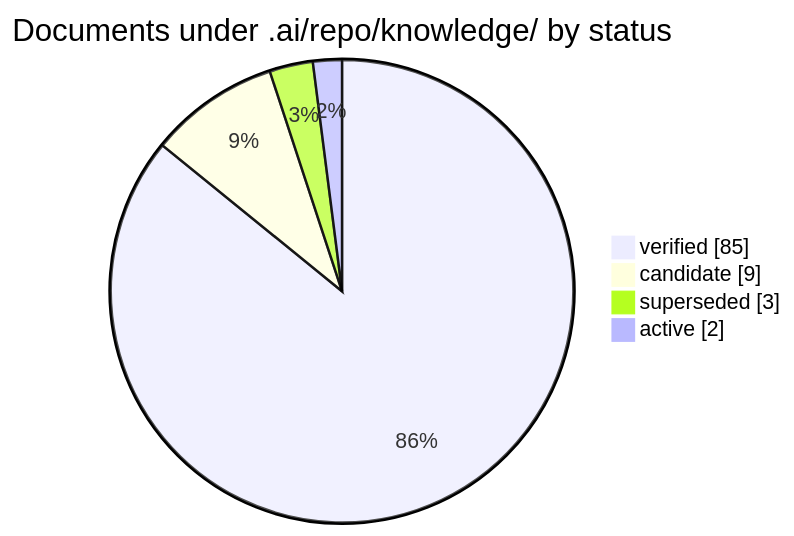
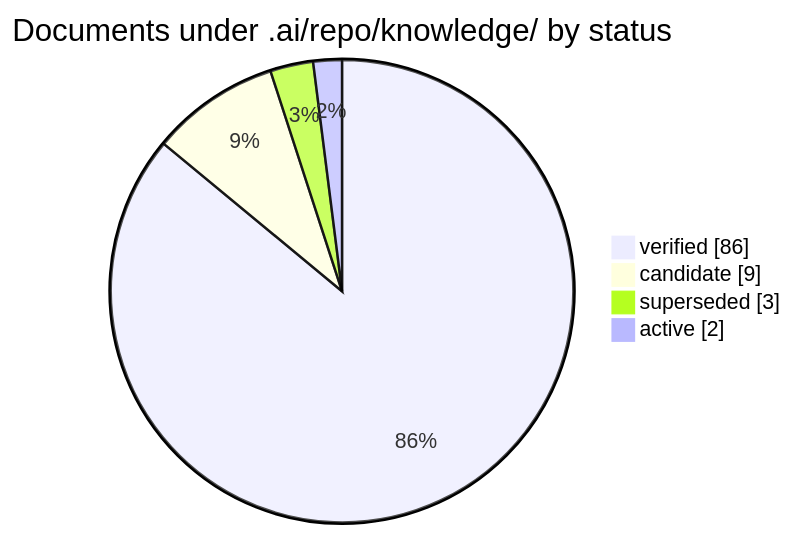
Before and after one commit to korczis/OpenTTD: the first of 3 diagrams in .ai/repo/knowledge/README.md, drawn with Mermaid. The commit also changed other lines of this file and 2 other files, not shown here.

````diff
--- a/.ai/repo/knowledge/README.md
+++ b/.ai/repo/knowledge/README.md
@@ -35,8 +35,8 @@
 ```mermaid
 pie showData title Documents under .ai/repo/knowledge/ by status
     %% links: README.md?col=Status&filter=verified#records-generated | README.md?col=Status&filter=candidate#records-generated | README.md?col=Status&filter=superseded#records-generated | README.md?col=Status&filter=active#records-generated
-    "verified" : 85
+    "verified" : 86
     "candidate" : 9
     "superseded" : 3
     "active" : 2
 ```
````
